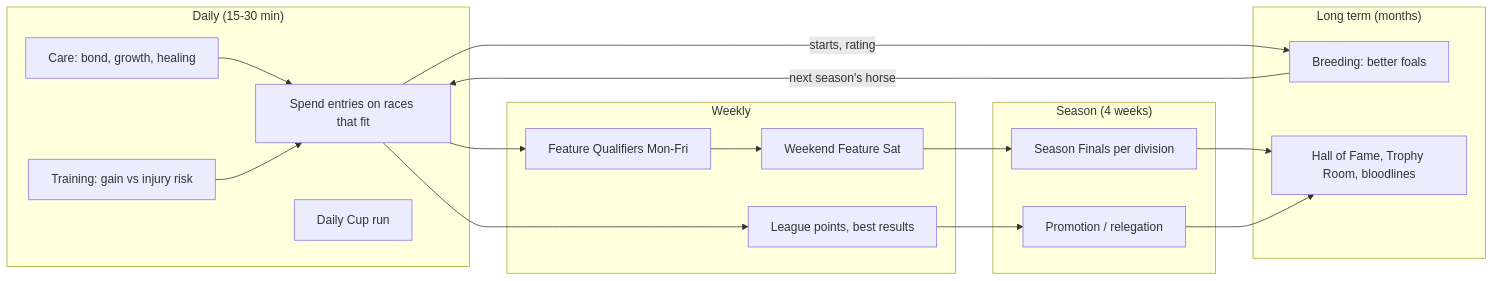
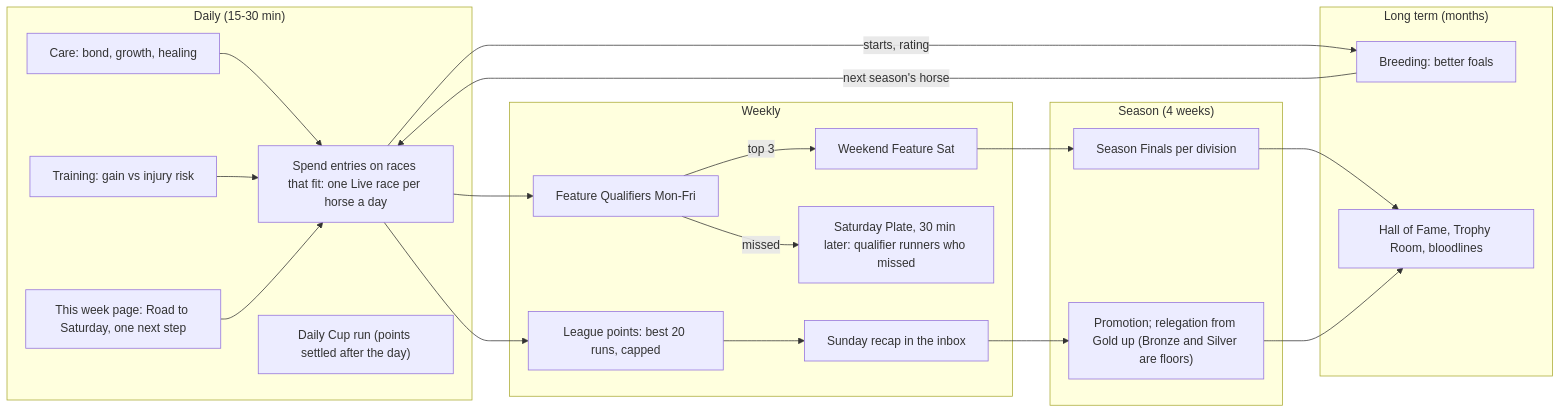
The first of 7 diagrams in docs/foundation/GAME-SYSTEMS.md (stephenclawdbot-png/ranch-game), drawn with Mermaid before and after one commit. The commit also changed other lines of this file and 14 other files, not shown here.

````diff
--- a/docs/foundation/GAME-SYSTEMS.md
+++ b/docs/foundation/GAME-SYSTEMS.md
@@ -22,33 +22,39 @@
 ```mermaid
 flowchart LR
   subgraph D["Daily (15-30 min)"]
     care[Care: bond, growth, healing]
     train[Training: gain vs injury risk]
-    enter[Spend entries on races that fit]
-    cup[Daily Cup run]
+    week["This week page: Road to Saturday, one next step"]
+    enter["Spend entries on races that fit: one Live race per horse a day"]
+    cup["Daily Cup run (points settled after the day)"]
   end
   subgraph W["Weekly"]
-    lp[League points, best results]
+    lp["League points: best 20 runs, capped"]
     q[Feature Qualifiers Mon-Fri]
     wf[Weekend Feature Sat]
+    plate["Saturday Plate, 30 min later: qualifier runners who missed"]
+    recap[Sunday recap in the inbox]
   end
   subgraph S["Season (4 weeks)"]
-    promo[Promotion / relegation]
+    promo["Promotion; relegation from Gold up (Bronze and Silver are floors)"]
     final[Season Finals per division]
   end
   subgraph L["Long term (months)"]
     breed[Breeding: better foals]
     legacy[Hall of Fame, Trophy Room, bloodlines]
   end
   care --> enter
   train --> enter
+  week --> enter
   enter --> lp
   enter --> q
-  q --> wf
-  lp --> promo
+  q -->|top 3| wf
+  q -->|missed| plate
+  lp --> recap
+  recap --> promo
   wf --> final
   final --> legacy
   promo --> legacy
   enter -->|starts, rating| breed
   breed -->|next season's horse| enter
 ```
````
